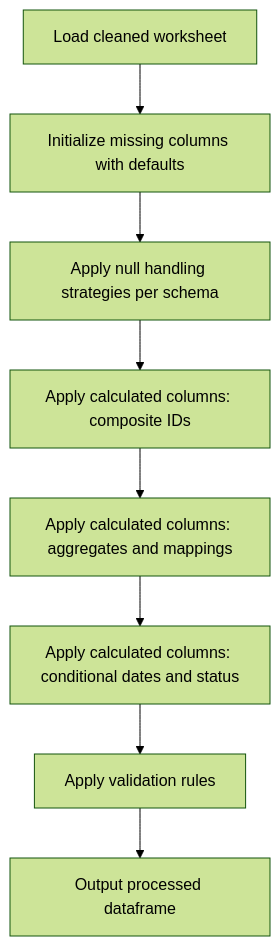
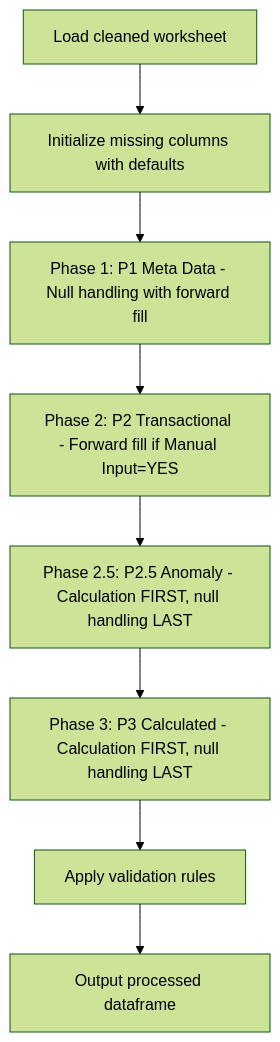
The diagram in dcc/workflow/explaination/column_update_logic.md (chinwarsoon/Engineering-and-Design), drawn with Mermaid (forest theme) before and after one commit. The commit also changed other lines of this file and 3 other files, not shown here.

````diff
--- a/dcc/workflow/explaination/column_update_logic.md
+++ b/dcc/workflow/explaination/column_update_logic.md
@@ -7,10 +9,10 @@
 ```mermaid
 flowchart TD
     A[Load cleaned worksheet] --> B[Initialize missing columns with defaults]
-    B --> C[Apply null handling strategies per schema]
-    C --> D[Apply calculated columns: composite IDs]
-    D --> E[Apply calculated columns: aggregates and mappings]
-    E --> F[Apply calculated columns: conditional dates and status]
+    B --> C[Phase 1: P1 Meta Data - Null handling with forward fill]
+    C --> D[Phase 2: P2 Transactional - Forward fill if Manual Input=YES]
+    D --> E[Phase 2.5: P2.5 Anomaly - Calculation FIRST, null handling LAST]
+    E --> F[Phase 3: P3 Calculated - Calculation FIRST, null handling LAST]
     F --> G[Apply validation rules]
     G --> H[Output processed dataframe]
 ```
````
